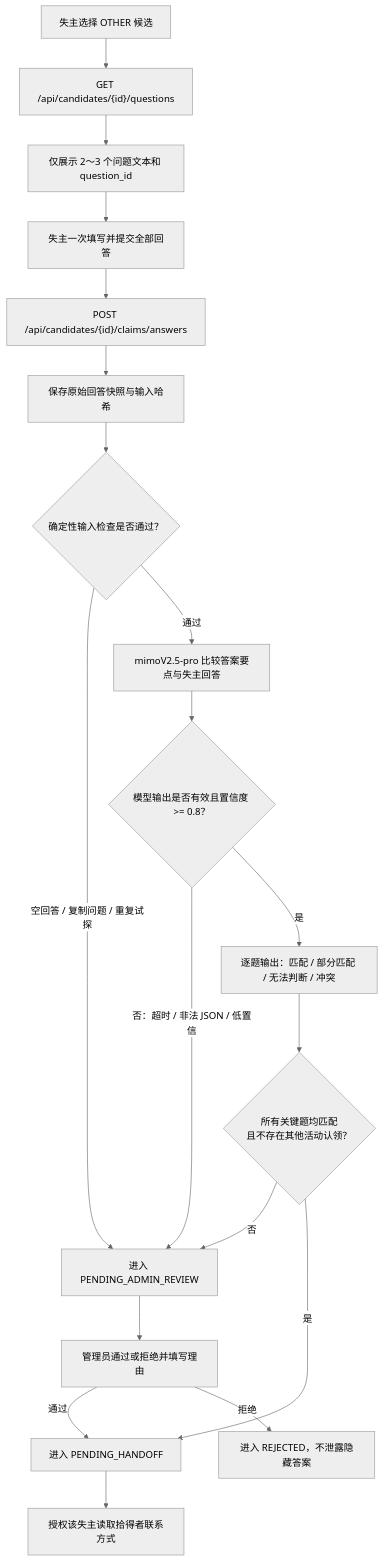
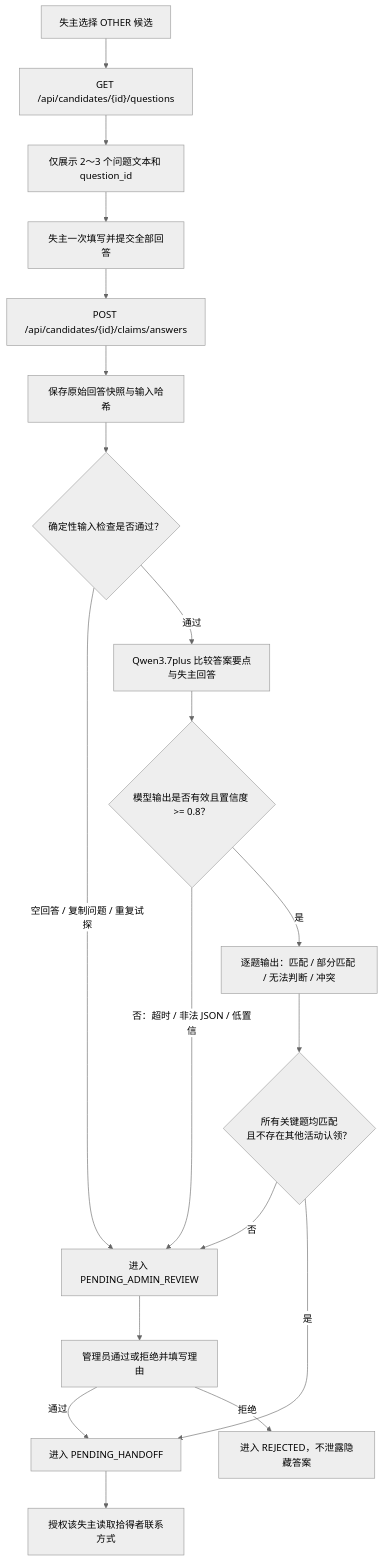
The sixth of 11 diagrams in docs/design/end-to-end-system-design.md (xushengyu1/day56-submission), drawn with Mermaid (neutral theme) before and after one commit. The commit also changed other lines of this file and 64 other files, not shown here.

````diff
--- a/docs/design/end-to-end-system-design.md
+++ b/docs/design/end-to-end-system-design.md
@@ -614,21 +614,21 @@
 ```mermaid
 flowchart TD
     A["失主选择 OTHER 候选"] --> B["GET /api/candidates/{id}/questions"]
     B --> C["仅展示 2～3 个问题文本和 question_id"]
     C --> D["失主一次填写并提交全部回答"]
     D --> E["POST /api/candidates/{id}/claims/answers"]
     E --> F["保存原始回答快照与输入哈希"]
     F --> G{"确定性输入检查是否通过？"}
     G -- "空回答 / 复制问题 / 重复试探" --> R["进入 PENDING_ADMIN_REVIEW"]
-    G -- "通过" --> H["mimoV2.5-pro 比较答案要点与失主回答"]
+    G -- "通过" --> H["Qwen3.7plus 比较答案要点与失主回答"]
     H --> I{"模型输出是否有效且置信度 >= 0.8？"}
     I -- "否：超时 / 非法 JSON / 低置信" --> R
     I -- "是" --> J["逐题输出：匹配 / 部分匹配 / 无法判断 / 冲突"]
     J --> K{"所有关键题均匹配<br/>且不存在其他活动认领？"}
     K -- "否" --> R
     K -- "是" --> N["进入 PENDING_HANDOFF"]
     N --> O["授权该失主读取拾得者联系方式"]
     R --> P["管理员通过或拒绝并填写理由"]
     P -- "通过" --> N
     P -- "拒绝" --> Q["进入 REJECTED，不泄露隐藏答案"]
 ```
````
